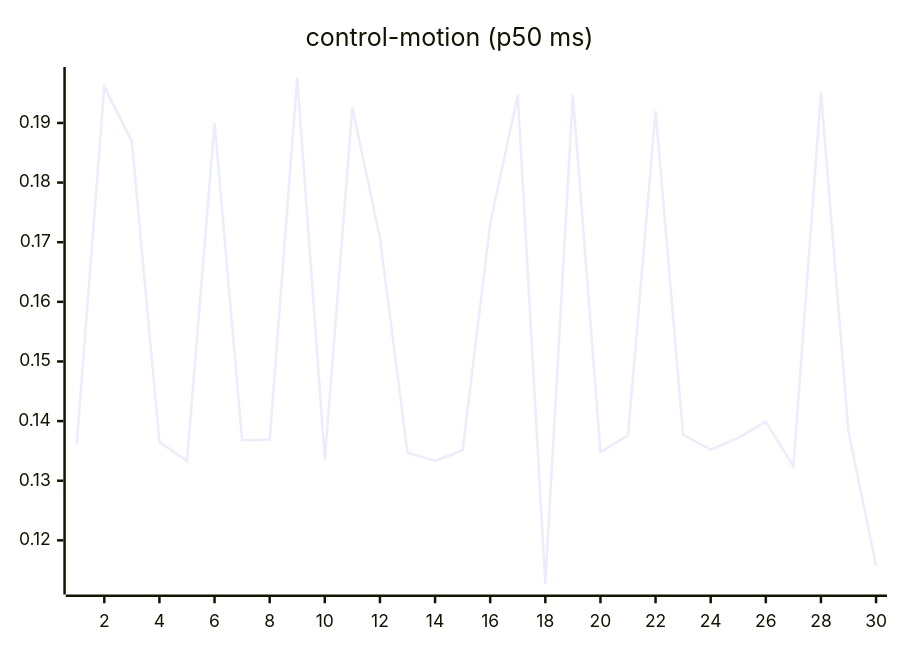
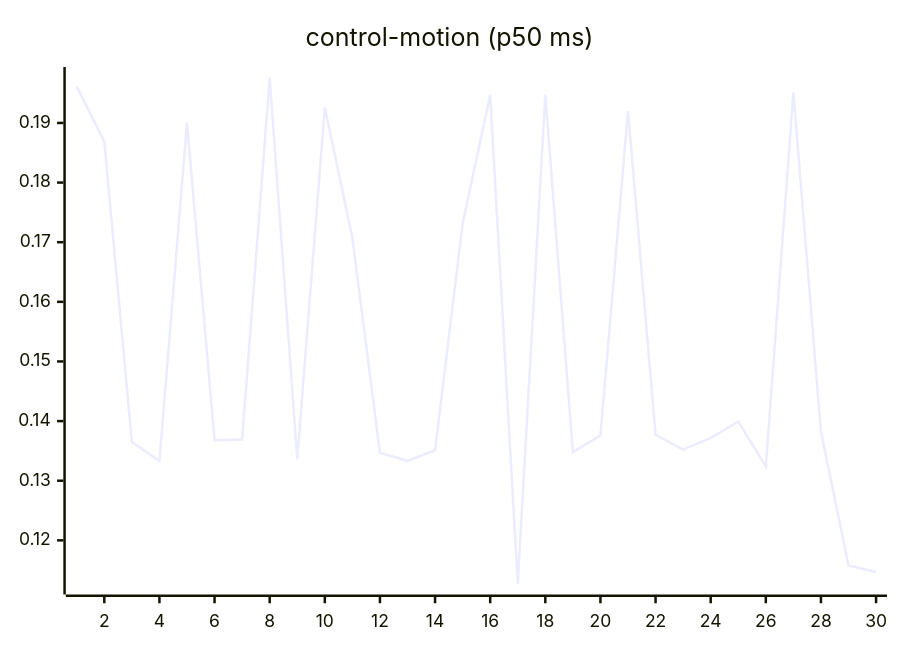
Before and after one commit to josha/Facet: the seventh of 27 diagrams in README.md, drawn with Mermaid. The commit also changed other lines of this file and 2 other files, not shown here.

````diff
--- a/README.md
+++ b/README.md
@@ -105,6 +105,6 @@
 ```mermaid
 xychart-beta
     title "control-motion (p50 ms)"
     x-axis 1 --> 30
-    line [0.1362, 0.1961, 0.1869, 0.1365, 0.1333, 0.1900, 0.1368, 0.1369, 0.1976, 0.1336, 0.1926, 0.1707, 0.1347, 0.1333, 0.1351, 0.1731, 0.1947, 0.1127, 0.1947, 0.1348, 0.1376, 0.1920, 0.1377, 0.1352, 0.1372, 0.1399, 0.1324, 0.1951, 0.1382, 0.1158]
+    line [0.1961, 0.1869, 0.1365, 0.1333, 0.1900, 0.1368, 0.1369, 0.1976, 0.1336, 0.1926, 0.1707, 0.1347, 0.1333, 0.1351, 0.1731, 0.1947, 0.1127, 0.1947, 0.1348, 0.1376, 0.1920, 0.1377, 0.1352, 0.1372, 0.1399, 0.1324, 0.1951, 0.1382, 0.1158, 0.1147]
 ```
````
